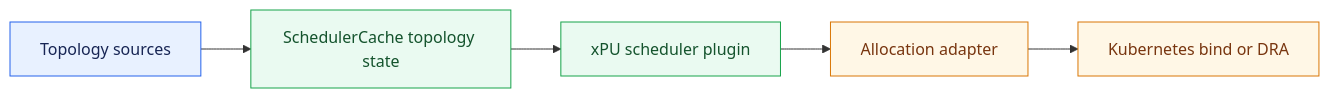
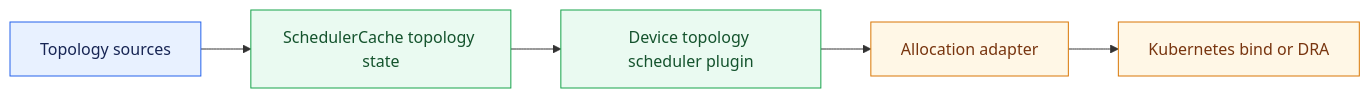
One commit to volcano-sh/volcano changed the first of 7 diagrams in docs/design/generic-xpu-topology-aware-scheduling.md. Above: the diagram before and after it, drawn with Mermaid. The commit also changed other lines of this file, not shown here.

Commit message:
docs: standardize device topology naming

````diff
--- a/docs/design/generic-xpu-topology-aware-scheduling.md
+++ b/docs/design/generic-xpu-topology-aware-scheduling.md
@@ -59,14 +64,14 @@
 ```mermaid
 flowchart LR
     Sources[Topology sources] --> Cache[SchedulerCache topology state]
-    Cache --> Plugin[xPU scheduler plugin]
+    Cache --> Plugin[Device topology scheduler plugin]
     Plugin --> Adapter[Allocation adapter]
     Adapter --> Bind[Kubernetes bind or DRA]
 
     classDef source fill:#e8f1ff,stroke:#2563eb,color:#172554
     classDef scheduler fill:#eafaf1,stroke:#16a34a,color:#14532d
     classDef runtime fill:#fff7e6,stroke:#d97706,color:#78350f
     class Sources source
     class Cache,Plugin scheduler
     class Adapter,Bind runtime
 ```
````
